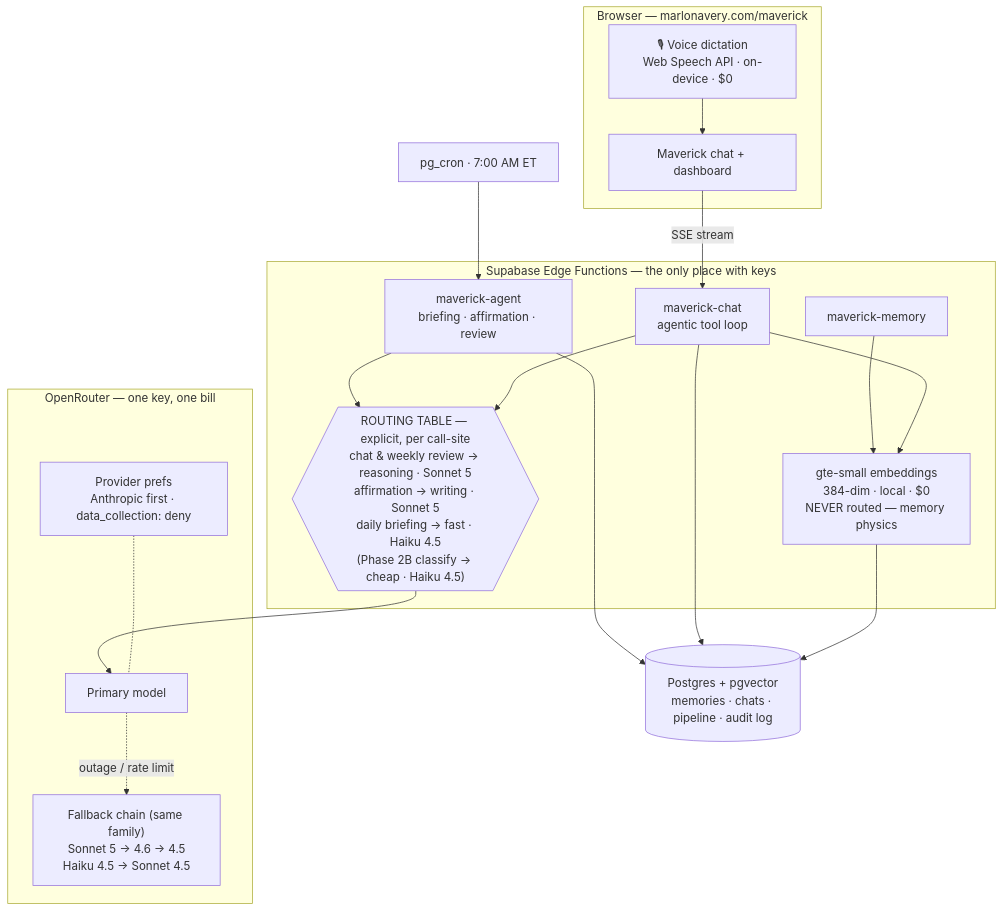
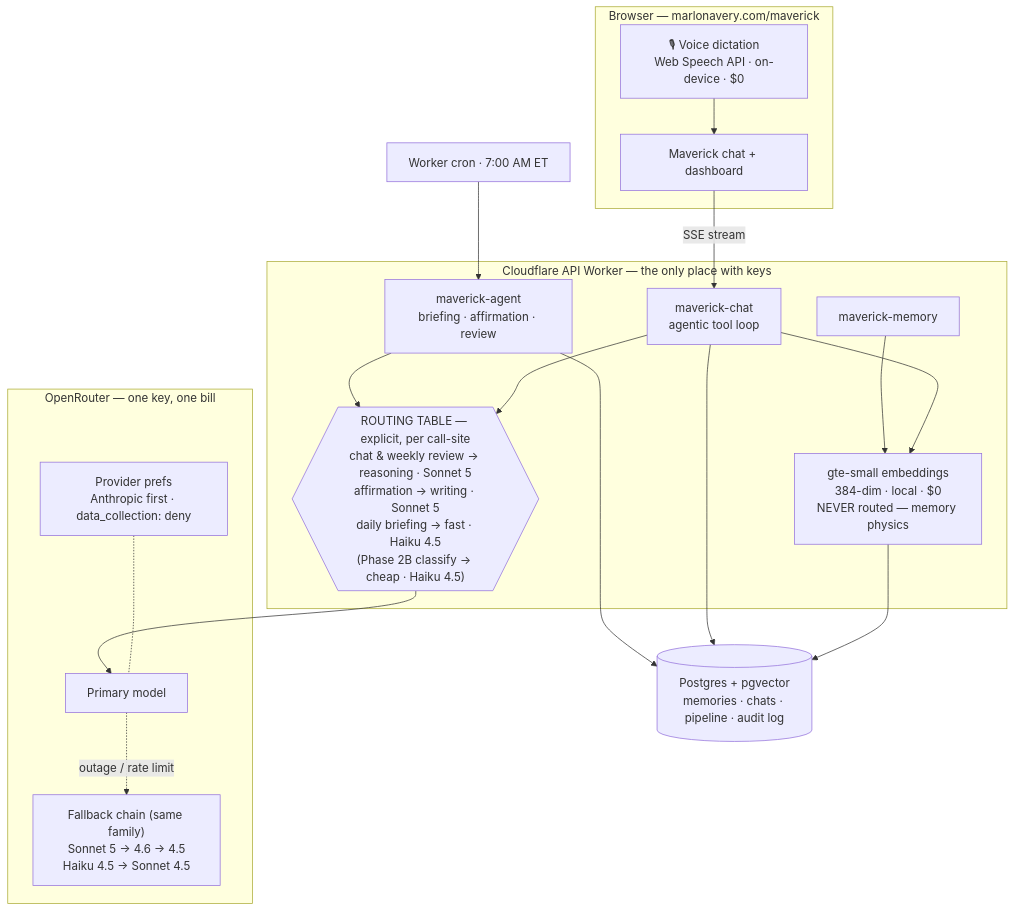
One commit to Marlona/Main-marlonavery.com changed the diagram in docs/maverick-model-routing.mmd. Above: the diagram before and after it, drawn with Mermaid. The commit also changed 49 other files, not shown here.

```diff
--- a/docs/maverick-model-routing.mmd
+++ b/docs/maverick-model-routing.mmd
@@ -1,36 +1,36 @@
 %% Maverick model routing — explicit table, no meta-model. See docs/maverick-phase2.md.
 flowchart TB
     subgraph browser["Browser — marlonavery.com/maverick"]
         MIC["🎙 Voice dictation<br/>Web Speech API · on-device · $0"]
         UI["Maverick chat + dashboard"]
         MIC --> UI
     end
 
-    subgraph edge["Supabase Edge Functions — the only place with keys"]
+    subgraph edge["Cloudflare API Worker — the only place with keys"]
         CHAT["maverick-chat<br/>agentic tool loop"]
         AGENT["maverick-agent<br/>briefing · affirmation · review"]
         MEMFN["maverick-memory"]
         TABLE{{"ROUTING TABLE — explicit, per call-site<br/>chat &amp; weekly review → reasoning · Sonnet 5<br/>affirmation → writing · Sonnet 5<br/>daily briefing → fast · Haiku 4.5<br/>(Phase 2B classify → cheap · Haiku 4.5)"}}
         EMB["gte-small embeddings<br/>384-dim · local · $0<br/>NEVER routed — memory physics"]
     end
 
     subgraph or["OpenRouter — one key, one bill"]
         PRIMARY["Primary model"]
         FB["Fallback chain (same family)<br/>Sonnet 5 → 4.6 → 4.5<br/>Haiku 4.5 → Sonnet 4.5"]
         PREFS["Provider prefs<br/>Anthropic first · data_collection: deny"]
         PRIMARY -.->|outage / rate limit| FB
         PREFS -.- PRIMARY
     end
 
     DB[("Postgres + pgvector<br/>memories · chats · pipeline · audit log")]
-    CRON["pg_cron · 7:00 AM ET"] --> AGENT
+    CRON["Worker cron · 7:00 AM ET"] --> AGENT
 
     UI -->|SSE stream| CHAT
     CHAT --> TABLE
     AGENT --> TABLE
     TABLE --> PRIMARY
     CHAT --> EMB
     MEMFN --> EMB
     EMB --> DB
     CHAT --> DB
     AGENT --> DB
```
